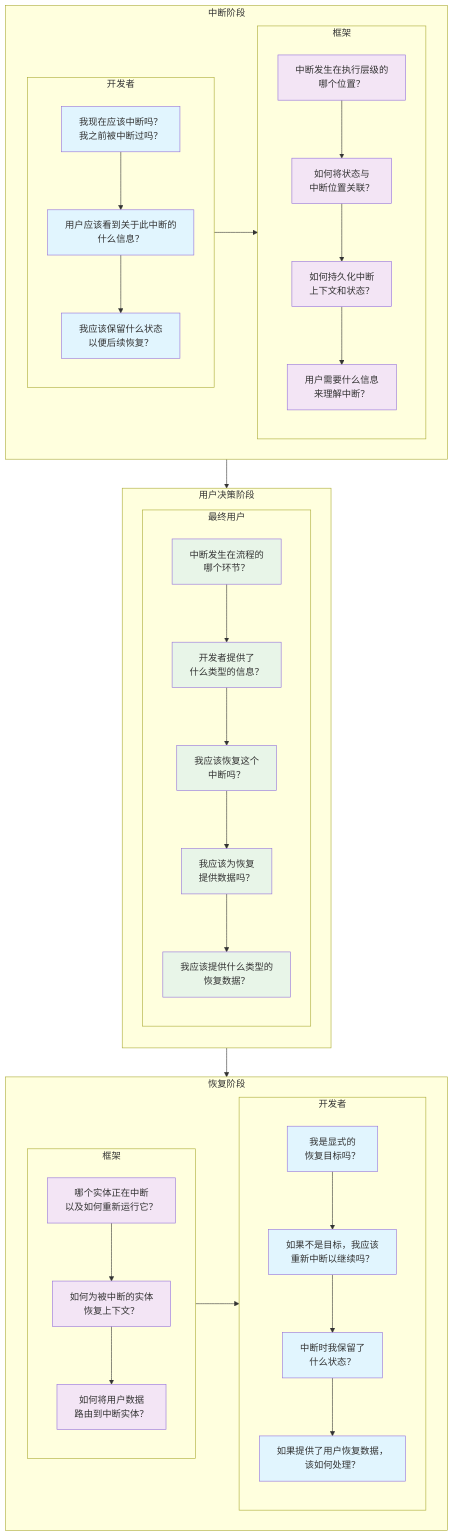
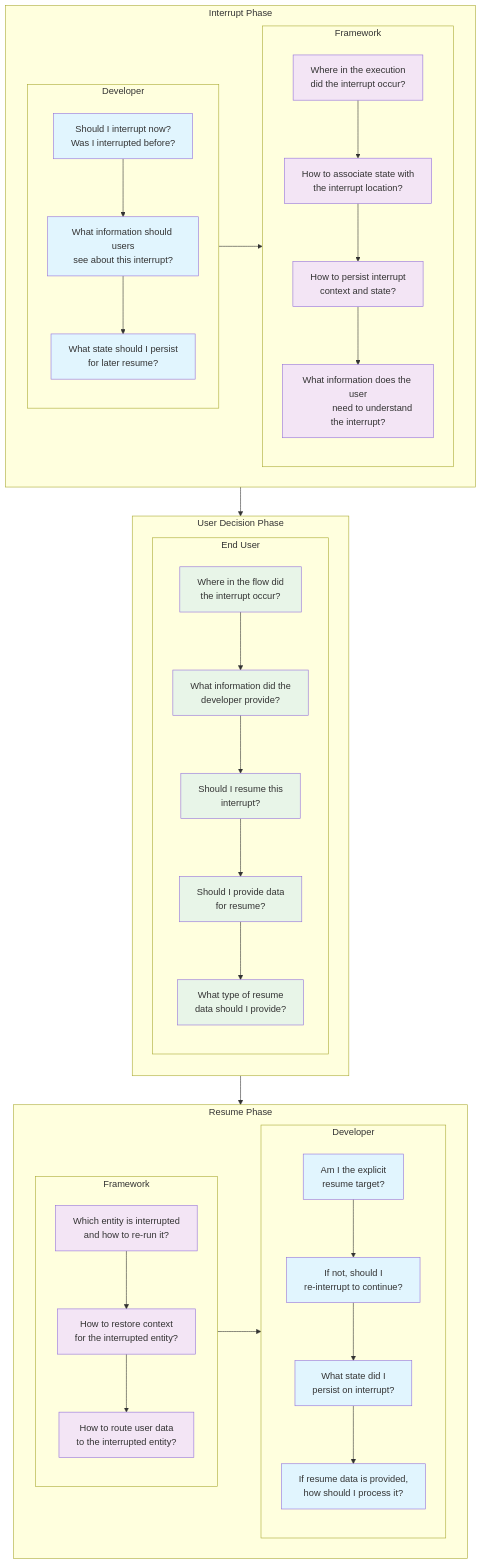
Before and after one commit to cloudwego/cloudwego.github.io: the first of 5 diagrams in content/en/docs/eino/core_modules/eino_adk/agent_hitl.md, drawn with Mermaid. The commit also changed other lines of this file and 110 other files, not shown here.

````diff
--- a/content/en/docs/eino/core_modules/eino_adk/agent_hitl.md
+++ b/content/en/docs/eino/core_modules/eino_adk/agent_hitl.md
@@ -18,57 +65,72 @@
 ```mermaid
 graph TD
-    subgraph P1 [中断阶段]
+    subgraph P1 [Interrupt Phase]
         direction LR
-        subgraph Dev1 [开发者]
+        subgraph Dev1 [Developer]
             direction TB
-            D1[我现在应该中断吗？<br/>我之前被中断过吗？]
-            D2[用户应该看到关于此中断的<br/>什么信息？]
-            D3[我应该保留什么状态<br/>以便后续恢复？]
+            D1[Should I interrupt now?<br/>Was I interrupted before?]
+            D2[What information should users<br/>see about this interrupt?]
+            D3[What state should I persist<br/>for later resume?]
             D1 --> D2 --> D3
         end
         
-        subgraph Fw1 [框架]
+        subgraph Fw1 [Framework]
             direction TB
-            F1[中断发生在执行层级的<br/>哪个位置？]
-            F2[如何将状态与<br/>中断位置关联？]
-            F3[如何持久化中断<br/>上下文和状态？]
-            F4[用户需要什么信息<br/>来理解中断？]
+            F1[Where in the execution
+            did the interrupt occur?]
+            F2[How to associate state with
+            the interrupt location?]
+            F3[How to persist interrupt
+            context and state?]
+            F4[What information does the user
+            need to understand the interrupt?]
             F1 --> F2 --> F3 --> F4
         end
         
         Dev1 --> Fw1
     end
     
-    subgraph P2 [用户决策阶段]
+    subgraph P2 [User Decision Phase]
         direction TB
-        subgraph "最终用户"
+        subgraph "End User"
             direction TB
-            U1[中断发生在流程的<br/>哪个环节？]
-            U2[开发者提供了<br/>什么类型的信息？]
-            U3[我应该恢复这个<br/>中断吗？]
-            U4[我应该为恢复<br/>提供数据吗？]
-            U5[我应该提供什么类型的<br/>恢复数据？]
+            U1[Where in the flow did
+            the interrupt occur?]
+            U2[What information did the
+            developer provide?]
+            U3[Should I resume this
+            interrupt?]
+            U4[Should I provide data
+            for resume?]
+            U5[What type of resume
+            data should I provide?]
             U1 --> U2 --> U3 --> U4 --> U5
         end
     end
     
-    
-    subgraph P3 [恢复阶段]
+    subgraph P3 [Resume Phase]
         direction LR   
-        subgraph Fw2 [框架]
+        subgraph Fw2 [Framework]
             direction TB
-            FR1[哪个实体正在中断<br/>以及如何重新运行它？]
-            FR2[如何为被中断的实体<br/>恢复上下文？]
-            FR3[如何将用户数据<br/>路由到中断实体？]
+            FR1[Which entity is interrupted
+            and how to re-run it?]
+            FR2[How to restore context
+            for the interrupted entity?]
+            FR3[How to route user data
+            to the interrupted entity?]
             FR1 --> FR2 --> FR3
         end
         
-        subgraph Dev2 [开发者]
+        subgraph Dev2 [Developer]
             direction TB
-            DR1[我是显式的<br/>恢复目标吗？]
-            DR2[如果不是目标，我应该<br/>重新中断以继续吗？]
-            DR3[中断时我保留了<br/>什么状态？]
-            DR4[如果提供了用户恢复数据，<br/>该如何处理？]
+            DR1[Am I the explicit
+            resume target?]
+            DR2[If not, should I
+            re-interrupt to continue?]
+            DR3[What state did I
+            persist on interrupt?]
+            DR4[If resume data is provided,
+            how should I process it?]
             DR1 --> DR2 --> DR3 --> DR4
         end
         
````
